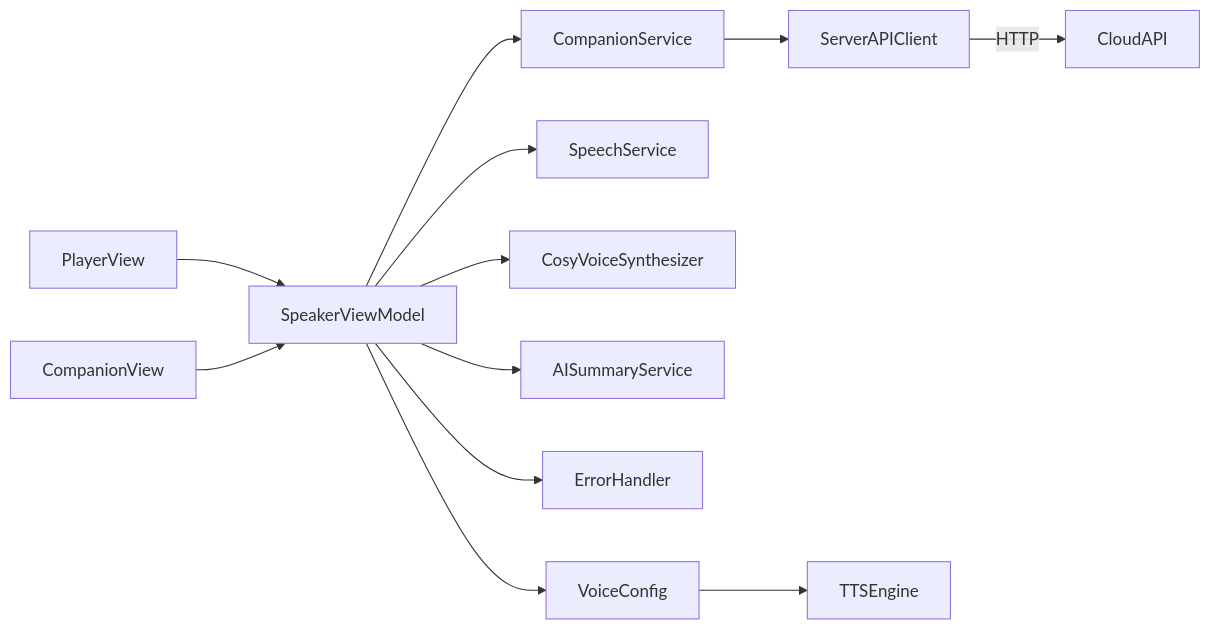
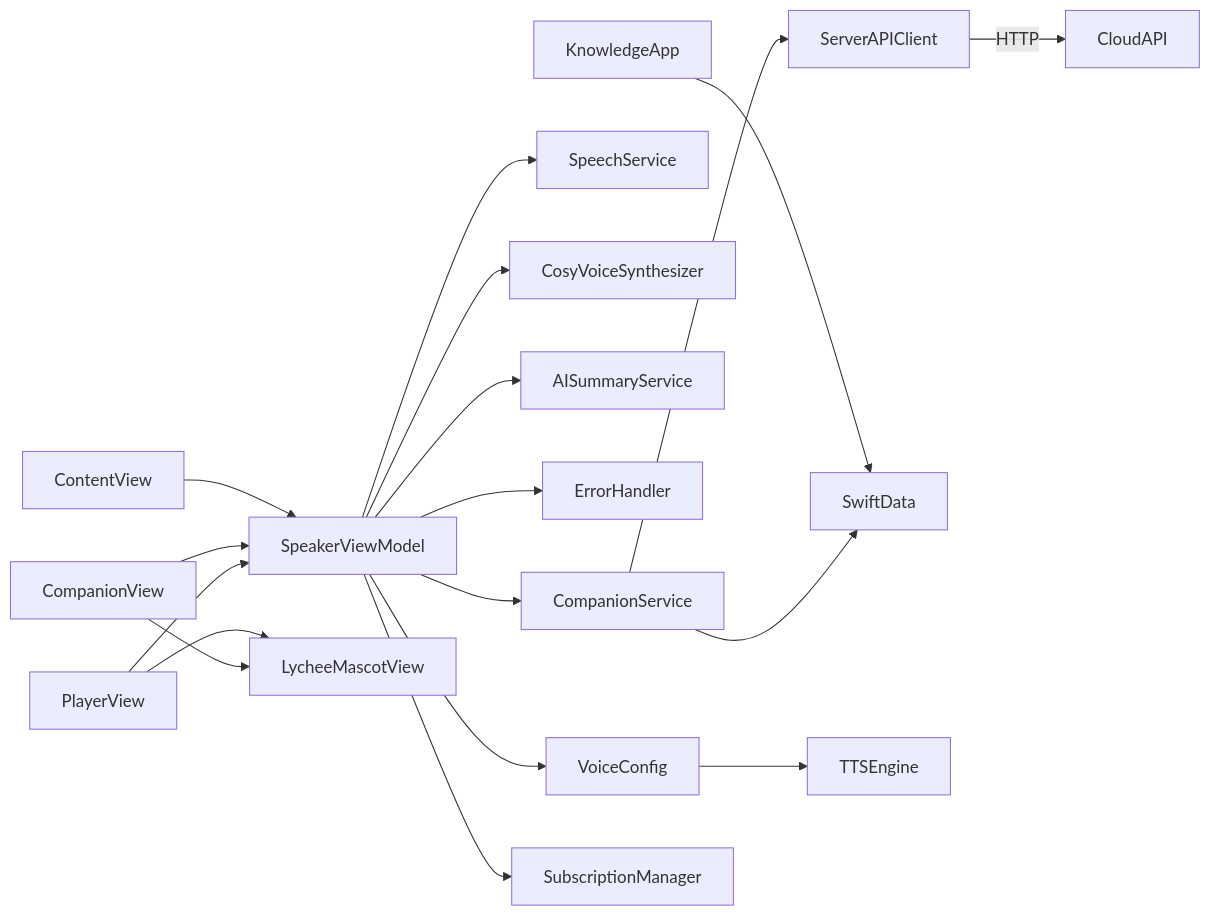
Before and after one commit to Primoguo/VoiceReader: diagram 12 of 12 in .qoder/repowiki/zh/content/核心功能模块/AI 伴读对话功能.md, drawn with Mermaid. The commit also changed other lines of this file and 92 other files, not shown here.

````diff
--- a/.qoder/repowiki/zh/content/核心功能模块/AI 伴读对话功能.md
+++ b/.qoder/repowiki/zh/content/核心功能模块/AI 伴读对话功能.md
@@ -422,14 +629,20 @@
 ```mermaid
 graph LR
 PlayerView --> SpeakerViewModel
 CompanionView --> SpeakerViewModel
 SpeakerViewModel --> CompanionService
 SpeakerViewModel --> SpeechService
 SpeakerViewModel --> CosyVoiceSynthesizer
 SpeakerViewModel --> AISummaryService
 SpeakerViewModel --> ErrorHandler
 CompanionService --> ServerAPIClient
+CompanionService --> SwiftData
 ServerAPIClient --> |"HTTP"| CloudAPI
 SpeakerViewModel --> VoiceConfig
 VoiceConfig --> TTSEngine
+CompanionView --> LycheeMascotView
+PlayerView --> LycheeMascotView
+KnowledgeApp --> SwiftData
+ContentView --> SpeakerViewModel
+SpeakerViewModel --> SubscriptionManager
 ```
````
